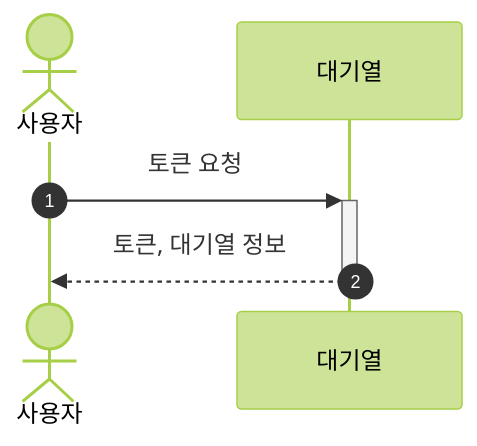
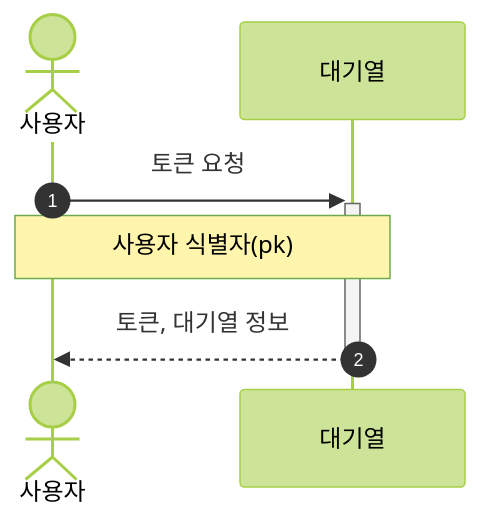
Before and after one commit to kdelay/Concert-Booking: the first of 8 diagrams in README.md, drawn with Mermaid (forest theme). The commit also changed other lines of this file, not shown here.

First line of the commit message:
docs: [#1] 토큰 발급, 대기열 검증, 결제 수정

````diff
--- a/README.md
+++ b/README.md
@@ -71,7 +71,8 @@
 ```mermaid
 sequenceDiagram
     autonumber
     actor 사용자
     사용자 ->>+ 대기열: 토큰 요청
+    Note over 사용자, 대기열: 사용자 식별자(pk)
     대기열 -->>- 사용자: 토큰, 대기열 정보
 ```
````
